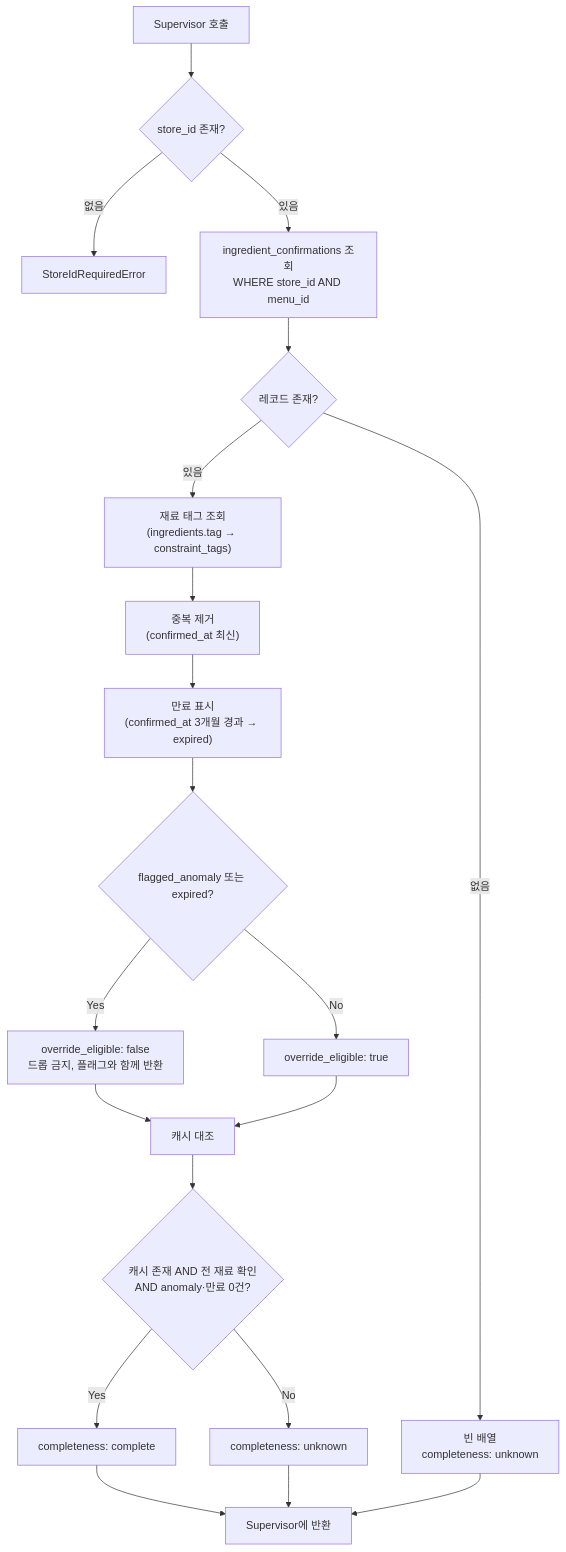
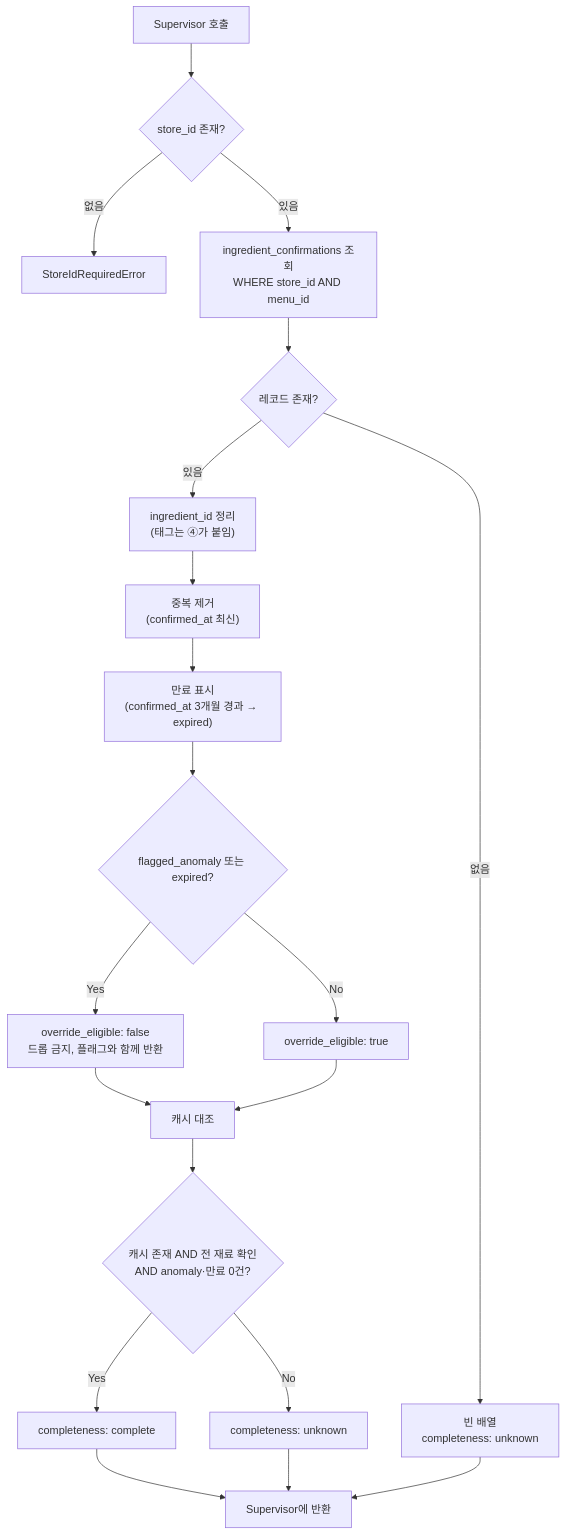
One commit to Han-Spoon/ai changed the diagram in docs/3-tool-exact.md. Above: the diagram before and after it, drawn with Mermaid. The commit also changed other lines of this file and 3 other files, not shown here.

````diff
--- a/docs/3-tool-exact.md
+++ b/docs/3-tool-exact.md
@@ -185,22 +185,22 @@
 ```mermaid
 flowchart TD
     S[Supervisor 호출] --> V{store_id 존재?}
     V -->|없음| ERR[StoreIdRequiredError]
     V -->|있음| Q["ingredient_confirmations 조회<br/>WHERE store_id AND menu_id"]
     Q --> N{레코드 존재?}
     N -->|없음| E["빈 배열<br/>completeness: unknown"]
-    N -->|있음| TG["재료 태그 조회<br/>(ingredients.tag → constraint_tags)"]
+    N -->|있음| TG["ingredient_id 정리<br/>(태그는 ④가 붙임)"]
     TG --> DD["중복 제거<br/>(confirmed_at 최신)"]
     DD --> EX["만료 표시<br/>(confirmed_at 3개월 경과 → expired)"]
     EX --> A{"flagged_anomaly 또는 expired?"}
     A -->|Yes| MARK["override_eligible: false<br/>드롭 금지, 플래그와 함께 반환"]
     A -->|No| OK["override_eligible: true"]
     MARK --> C[캐시 대조]
     OK --> C
     C --> CP{"캐시 존재 AND 전 재료 확인<br/>AND anomaly·만료 0건?"}
     CP -->|Yes| COMP["completeness: complete"]
     CP -->|No| UNK["completeness: unknown"]
     COMP --> OUT[Supervisor에 반환]
     UNK --> OUT
     E --> OUT
 ```
````
